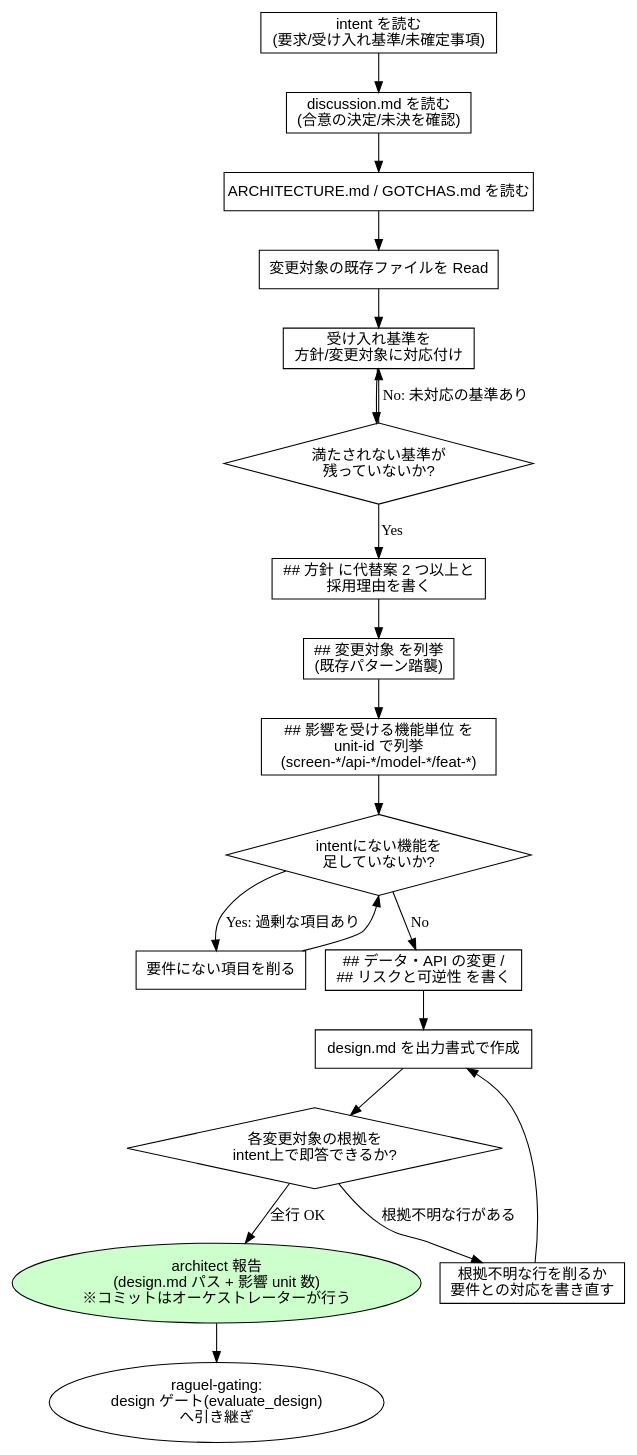
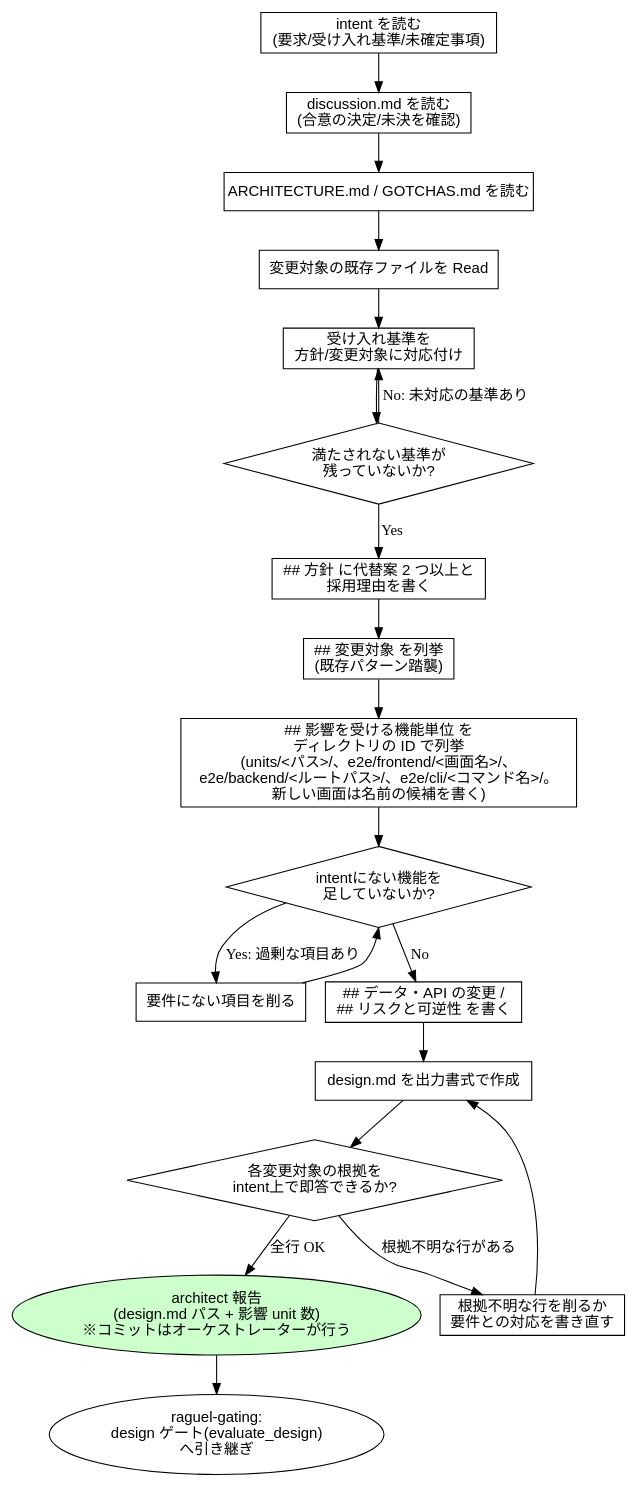
Before and after one commit to Amatsuka-kobo/amatsuka-claude-plugins: the third of 15 diagrams in plugins/codiel/docs/skill-flowcharts.md, drawn with Graphviz. The commit also changed 5 other files, not shown here.

Commit message:
fix(codiel): M4 のレビューの所見(図・注記・参照・表記)を直す

````diff
--- a/plugins/codiel/docs/skill-flowcharts.md
+++ b/plugins/codiel/docs/skill-flowcharts.md
@@ -66,37 +66,37 @@
 ```dot
 digraph writing_design_docs {
   rankdir=TB;
   node [fontname="sans-serif"];
 
   read_issue [label="intent を読む\n(要求/受け入れ基準/未確定事項)", shape=box];
   read_discussion [label="discussion.md を読む\n(合意の決定/未決を確認)", shape=box];
   read_docs [label="ARCHITECTURE.md / GOTCHAS.md を読む", shape=box];
   read_existing [label="変更対象の既存ファイルを Read", shape=box];
   map_criteria [label="受け入れ基準を\n方針/変更対象に対応付け", shape=box];
   check_criteria [label="満たされない基準が\n残っていないか?", shape=diamond];
   alternatives [label="## 方針 に代替案 2 つ以上と\n採用理由を書く", shape=box];
   targets [label="## 変更対象 を列挙\n(既存パターン踏襲)", shape=box];
-  units [label="## 影響を受ける機能単位 を\nunit-id で列挙\n(screen-*/api-*/model-*/feat-*)", shape=box];
+  units [label="## 影響を受ける機能単位 を\nディレクトリの ID で列挙\n(units/<パス>/、e2e/frontend/<画面名>/、\ne2e/backend/<ルートパス>/、e2e/cli/<コマンド名>/。\n新しい画面は名前の候補を書く)", shape=box];
   yagni [label="intentにない機能を\n足していないか?", shape=diamond];
   trim [label="要件にない項目を削る", shape=box];
   risk [label="## データ・API の変更 /\n## リスクと可逆性 を書く", shape=box];
   write [label="design.md を出力書式で作成", shape=box];
   selfcheck [label="各変更対象の根拠を\nintent上で即答できるか?", shape=diamond];
   demote [label="根拠不明な行を削るか\n要件との対応を書き直す", shape=box];
   done [label="architect 報告\n(design.md パス + 影響 unit 数)\n※コミットはオーケストレーターが行う", shape=ellipse, style=filled, fillcolor="#ccffcc"];
   gate [label="raguel-gating:\ndesign ゲート(evaluate_design)\nへ引き継ぎ", shape=ellipse];
 
   read_issue -> read_discussion -> read_docs -> read_existing -> map_criteria -> check_criteria;
   check_criteria -> map_criteria [label="No: 未対応の基準あり"];
   check_criteria -> alternatives [label="Yes"];
   alternatives -> targets -> units -> yagni;
   yagni -> trim [label="Yes: 過剰な項目あり"];
   trim -> yagni;
   yagni -> risk [label="No"];
   risk -> write -> selfcheck;
   selfcheck -> demote [label="根拠不明な行がある"];
   demote -> write;
   selfcheck -> done [label="全行 OK"];
   done -> gate;
 }
 ```
````
